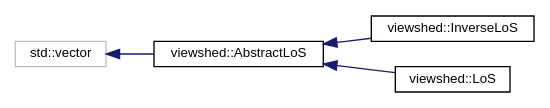
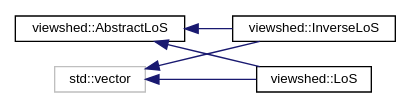
The diagram in inherit_graph_0.dot (JanCaha/cpp-viewshed-library), drawn with Graphviz before and after one commit. The commit also changed 79 other files, not shown here.

```diff
--- a/inherit_graph_0.dot
+++ b/inherit_graph_0.dot
@@ -1,14 +1,15 @@
 digraph "Graphical Class Hierarchy"
 {
  // LATEX_PDF_SIZE
   edge [fontname="Helvetica",fontsize="10",labelfontname="Helvetica",labelfontsize="10"];
   node [fontname="Helvetica",fontsize="10",shape=record];
   rankdir="LR";
-  Node27 [label="std::vector",height=0.2,width=0.4,color="grey75", fillcolor="white", style="filled",tooltip=" "];
-  Node27 -> Node0 [dir="back",color="midnightblue",fontsize="10",style="solid",fontname="Helvetica"];
   Node0 [label="viewshed::AbstractLoS",height=0.2,width=0.4,color="black", fillcolor="white", style="filled",URL="$classviewshed_1_1AbstractLoS.html",tooltip="Abstract class that represent line-of-sight (LoS). Consists of LoSNodes, view point and target point ..."];
   Node0 -> Node1 [dir="back",color="midnightblue",fontsize="10",style="solid",fontname="Helvetica"];
   Node1 [label="viewshed::InverseLoS",height=0.2,width=0.4,color="black", fillcolor="white", style="filled",URL="$classviewshed_1_1InverseLoS.html",tooltip="Class that represents InverseLoS, that is LoS used in Inverse Viewshed calculation."];
   Node0 -> Node2 [dir="back",color="midnightblue",fontsize="10",style="solid",fontname="Helvetica"];
   Node2 [label="viewshed::LoS",height=0.2,width=0.4,color="black", fillcolor="white", style="filled",URL="$classviewshed_1_1LoS.html",tooltip="Class that represents LoS for classic Viewshed calculation."];
+  Node30 [label="std::vector",height=0.2,width=0.4,color="grey75", fillcolor="white", style="filled",tooltip=" "];
+  Node30 -> Node1 [dir="back",color="midnightblue",fontsize="10",style="solid",fontname="Helvetica"];
+  Node30 -> Node2 [dir="back",color="midnightblue",fontsize="10",style="solid",fontname="Helvetica"];
 }
```
